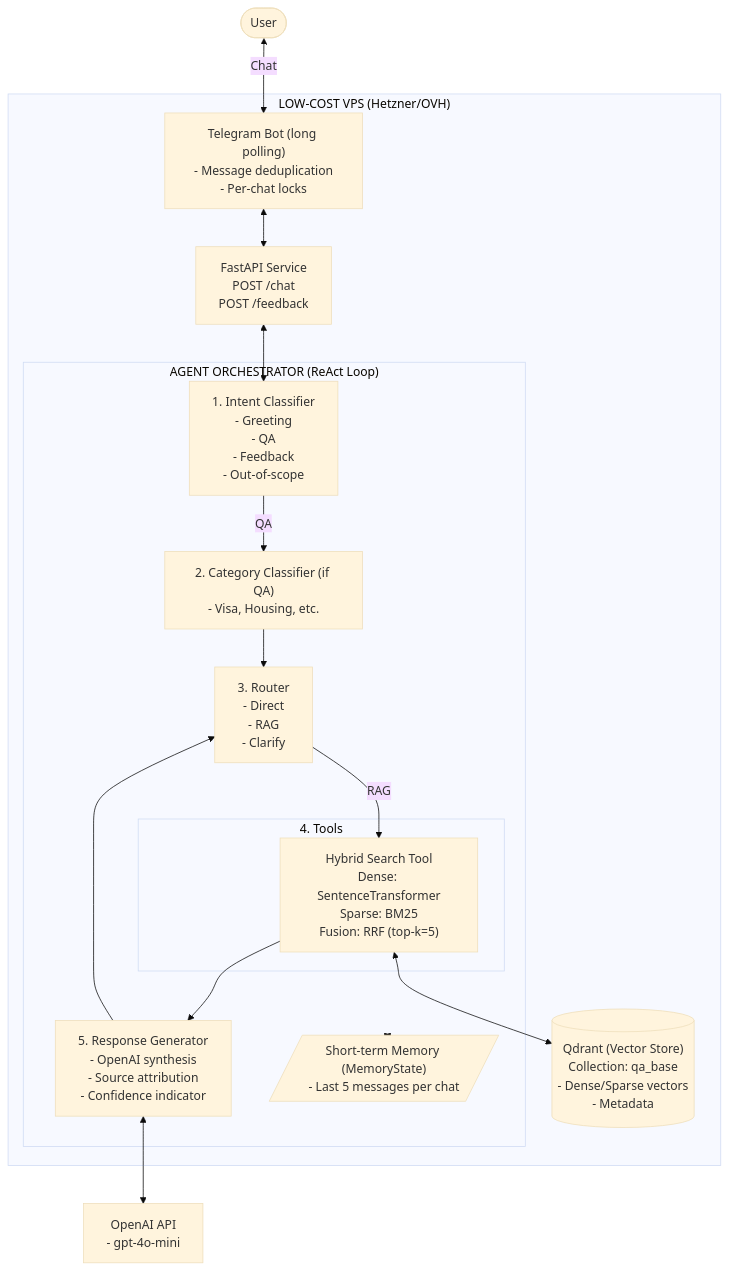
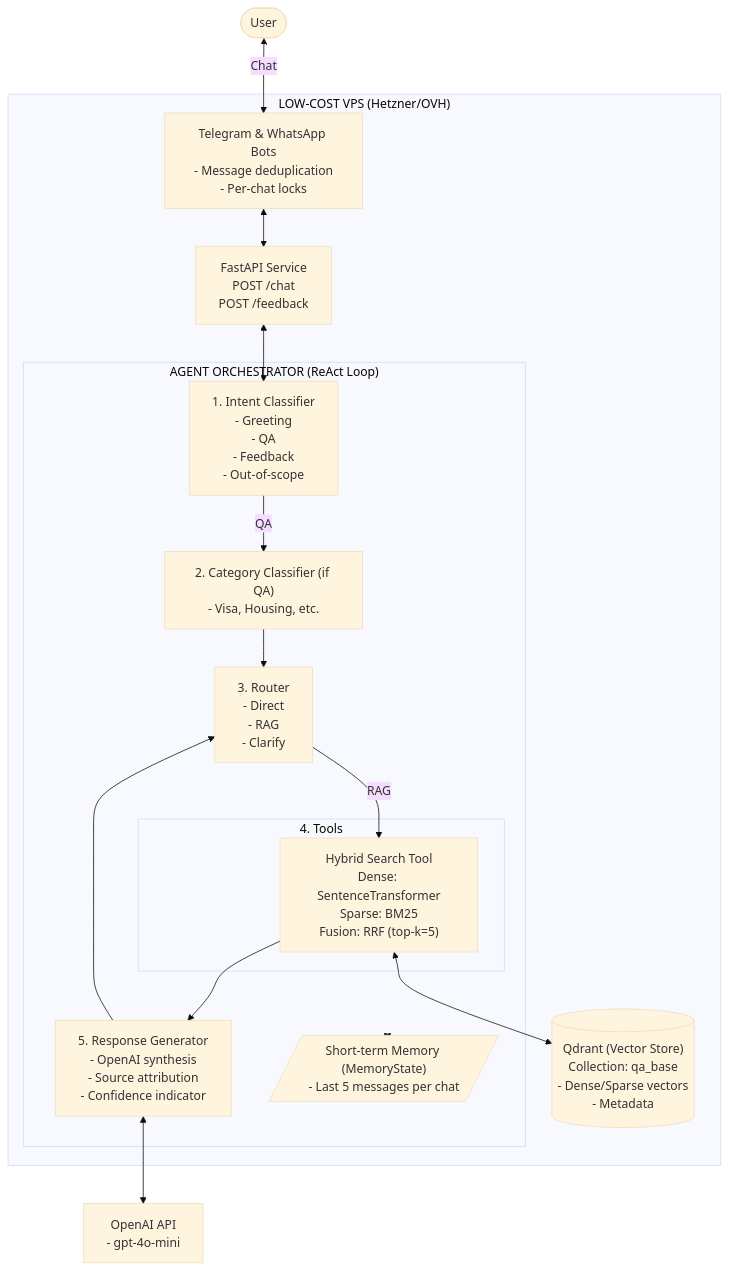
The first of 5 diagrams in docs/ARCHITECTURE.md (jooaobrum/habitantes-grenoble-agent), drawn with Mermaid (base theme) before and after one commit. The commit also changed other lines of this file and 21 other files, not shown here.

First line of the commit message:
feat(whatsapp): add DM-only WhatsApp (Baileys) channel

````diff
--- a/docs/ARCHITECTURE.md
+++ b/docs/ARCHITECTURE.md
@@ -9,39 +9,39 @@
 ```mermaid
 flowchart TD
     User([User])
 
     subgraph VPS["LOW-COST VPS (Hetzner/OVH)"]
-        TG["Telegram Bot (long polling)<br>- Message deduplication<br>- Per-chat locks"]
+        TG["Telegram & WhatsApp Bots<br>- Message deduplication<br>- Per-chat locks"]
         API["FastAPI Service<br>POST /chat<br>POST /feedback"]
 
         subgraph Agent["AGENT ORCHESTRATOR (ReAct Loop)"]
             Intent["1. Intent Classifier<br>- Greeting<br>- QA<br>- Feedback<br>- Out-of-scope"]
             Category["2. Category Classifier (if QA)<br>- Visa, Housing, etc."]
             Router["3. Router<br>- Direct<br>- RAG<br>- Clarify"]
 
             subgraph Tools["4. Tools"]
                 Search["Hybrid Search Tool<br>Dense: SentenceTransformer<br>Sparse: BM25<br>Fusion: RRF (top-k=5)"]
             end
 
             Gen["5. Response Generator<br>- OpenAI synthesis<br>- Source attribution<br>- Confidence indicator"]
             Memory[/"Short-term Memory (MemoryState)<br>- Last 5 messages per chat"/]
         end
 
         DB[("Qdrant (Vector Store)<br>Collection: qa_base<br>- Dense/Sparse vectors<br>- Metadata")]
     end
 
     OAI["OpenAI API<br>- gpt-4o-mini"]
 
     User <-->|Chat| TG
     TG <--> API
     API <--> Intent
     Intent -->|QA| Category
     Category --> Router
     Router -->|RAG| Search
     Search --> Gen
     Gen --> Router
 
     Search <--> DB
     Gen <--> OAI
     Agent <--> Memory
 ```
````
